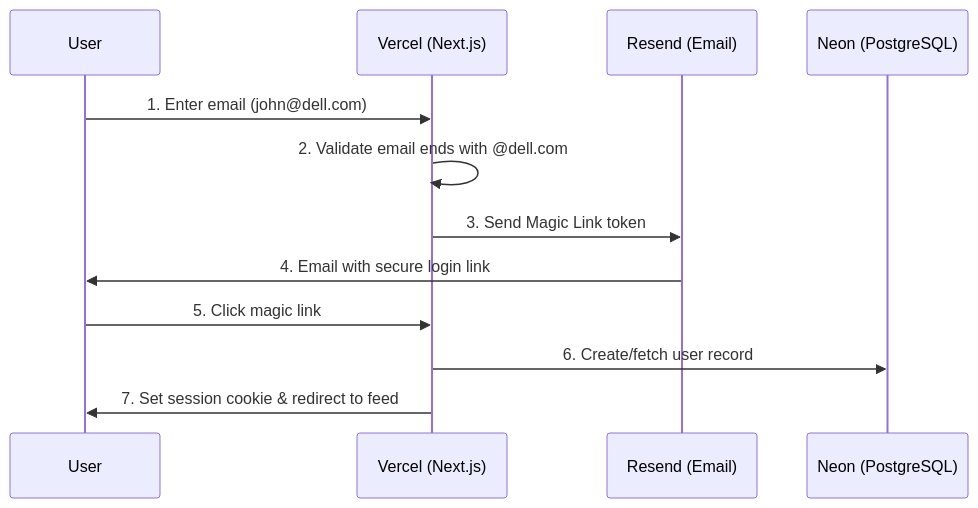
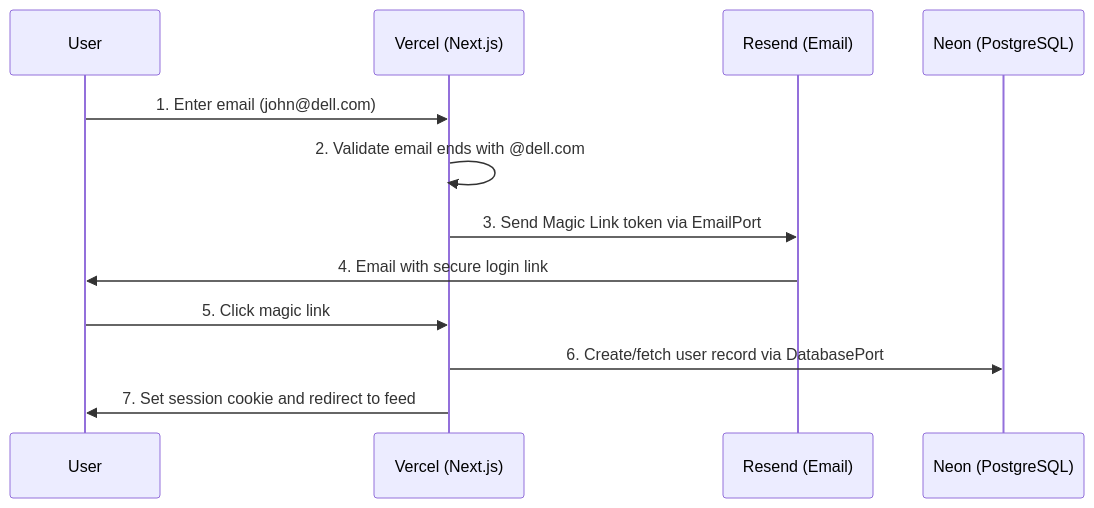
One commit to ShellyDCMS/DellClips changed the third of 7 diagrams in specs/architecture.md. Above: the diagram before and after it, drawn with Mermaid. The commit also changed other lines of this file and 2 other files, not shown here.

Commit message:
add hexagonal architecture with ports and adapters, expand PostgreSQL rationale and infrastructure requirements

````diff
--- a/specs/architecture.md
+++ b/specs/architecture.md
@@ -91,15 +309,15 @@
 ```mermaid
 sequenceDiagram
     participant U as User
     participant V as Vercel (Next.js)
     participant R as Resend (Email)
     participant DB as Neon (PostgreSQL)
 
     U->>V: 1. Enter email (john@dell.com)
     V->>V: 2. Validate email ends with @dell.com
-    V->>R: 3. Send Magic Link token
+    V->>R: 3. Send Magic Link token via EmailPort
     R->>U: 4. Email with secure login link
     U->>V: 5. Click magic link
-    V->>DB: 6. Create/fetch user record
-    V->>U: 7. Set session cookie & redirect to feed
+    V->>DB: 6. Create/fetch user record via DatabasePort
+    V->>U: 7. Set session cookie and redirect to feed
 ```
````
